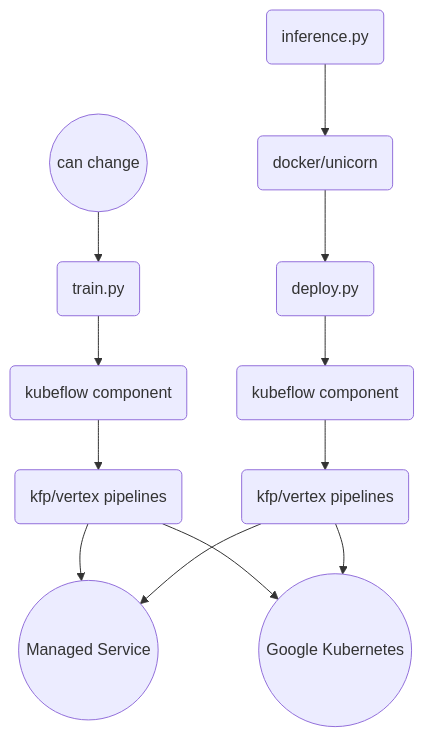
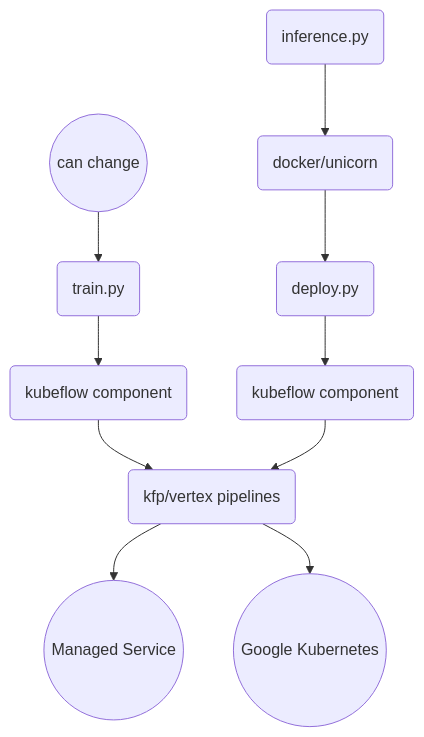
Before and after one commit to jchavezar/vertex-ai-samples: the diagram in pipelines-flex/catboost/README.md, drawn with Mermaid. The commit also changed other lines of this file, not shown here.

````diff
--- a/pipelines-flex/catboost/README.md
+++ b/pipelines-flex/catboost/README.md
@@ -9,14 +16,11 @@
 ```mermaid
 flowchart TB
     AA((can change)) --> A
     A(train.py) --> B(kubeflow component)
     B --> C(kfp/vertex pipelines)
     C --> D((Managed Service))
     C --> E((Google Kubernetes))
     F(inference.py) --> G(docker/unicorn)
     G --> I(deploy.py) --> J(kubeflow component)
-    J --> K(kfp/vertex pipelines)
-    K --> D
-    K --> E
-
+    J --> C(kfp/vertex pipelines)
 ```
````
